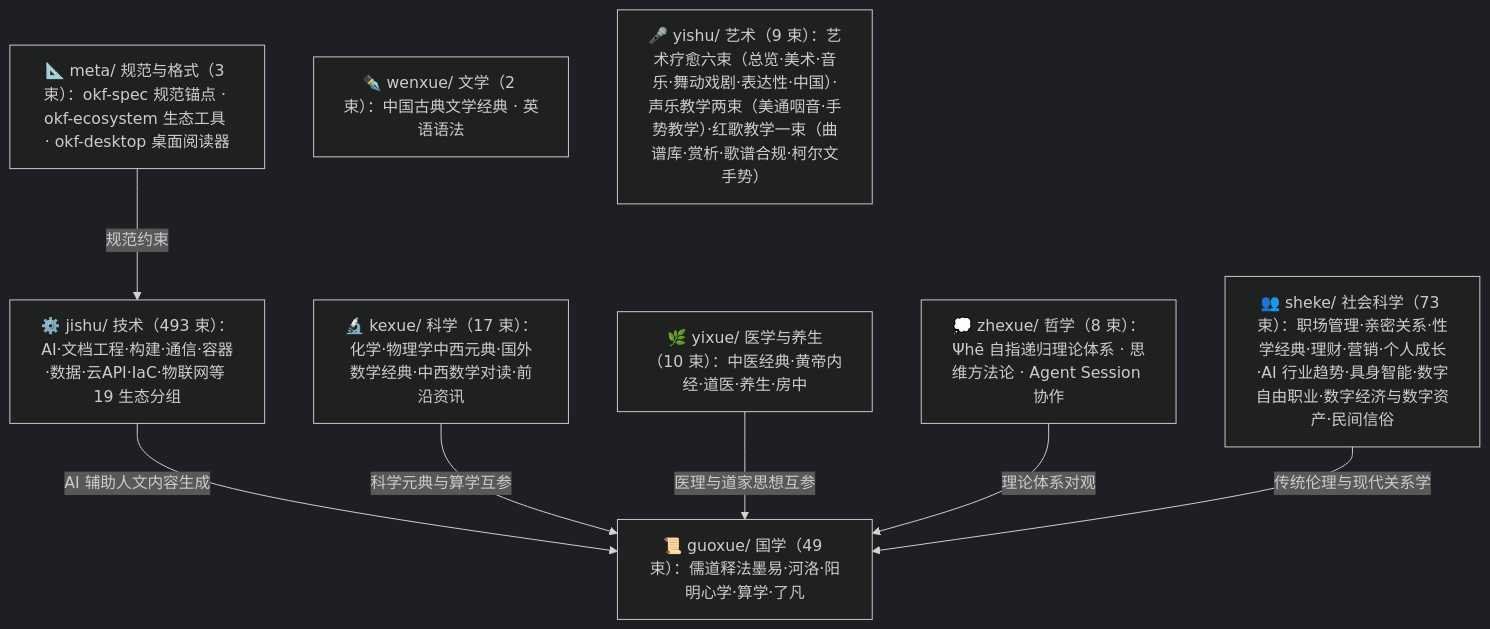
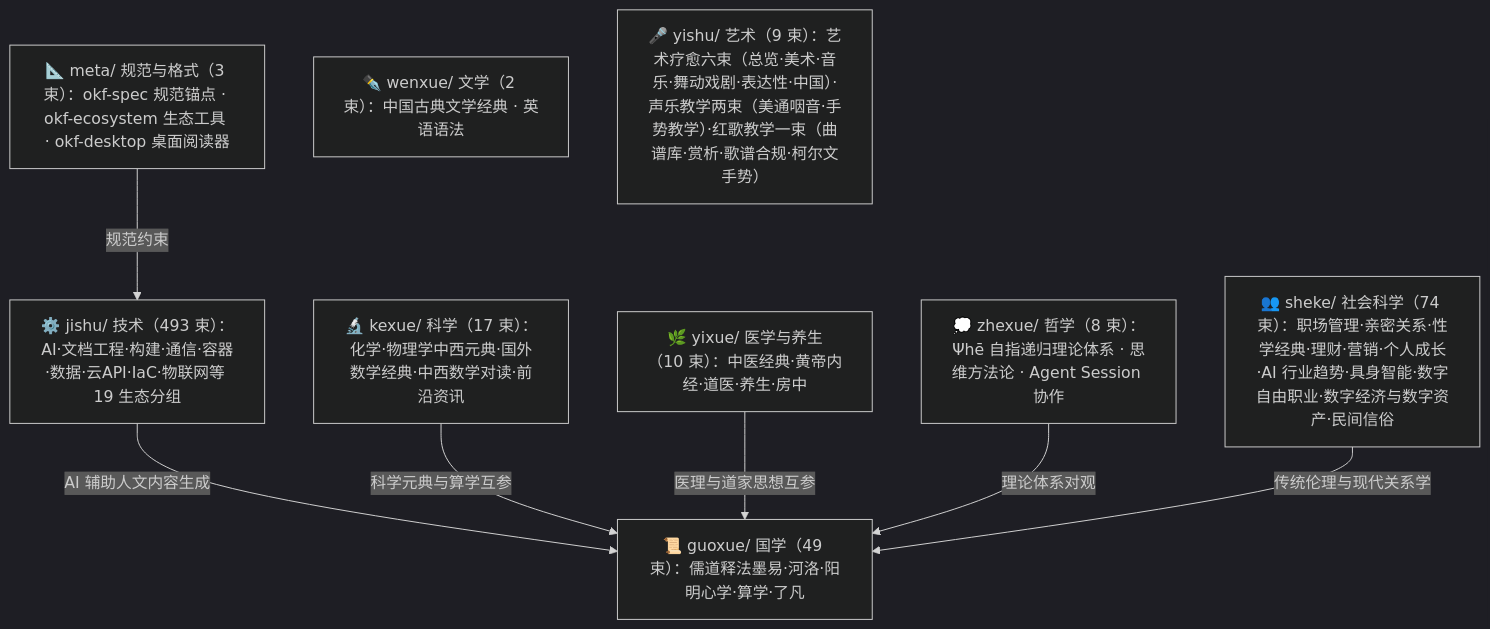
Before and after one commit to awesome-flexloop/awesome-okf: the diagram in doc/bundles/index.md, drawn with Mermaid (dark theme). The commit also changed other lines of this file and 20 other files, not shown here.

````diff
--- a/doc/bundles/index.md
+++ b/doc/bundles/index.md
@@ -21,18 +21,18 @@
 ```mermaid
 flowchart TD
     meta["📐 meta/ 规范与格式（3 束）：okf-spec 规范锚点 · okf-ecosystem 生态工具 · okf-desktop 桌面阅读器"]
     guoxue["📜 guoxue/ 国学（49 束）：儒道释法墨易·河洛·阳明心学·算学·了凡"]
     zhexue["💭 zhexue/ 哲学（8 束）：Ψhē 自指递归理论体系 · 思维方法论 · Agent Session 协作"]
     kexue["🔬 kexue/ 科学（17 束）：化学·物理学中西元典·国外数学经典·中西数学对读·前沿资讯"]
     wenxue["✒️ wenxue/ 文学（2 束）：中国古典文学经典 · 英语语法"]
     yixue["🌿 yixue/ 医学与养生（10 束）：中医经典·黄帝内经·道医·养生·房中"]
-    sheke["👥 sheke/ 社会科学（73 束）：职场管理·亲密关系·性学经典·理财·营销·个人成长·AI 行业趋势·具身智能·数字自由职业·数字经济与数字资产·民间信俗"]
+    sheke["👥 sheke/ 社会科学（74 束）：职场管理·亲密关系·性学经典·理财·营销·个人成长·AI 行业趋势·具身智能·数字自由职业·数字经济与数字资产·民间信俗"]
     yishu["🎤 yishu/ 艺术（9 束）：艺术疗愈六束（总览·美术·音乐·舞动戏剧·表达性·中国）·声乐教学两束（美通咽音·手势教学）·红歌教学一束（曲谱库·赏析·歌谱合规·柯尔文手势）"]
     jishu["⚙️ jishu/ 技术（493 束）：AI·文档工程·构建·通信·容器·数据·云API·IaC·物联网等 19 生态分组"]
     meta -->|"规范约束"| jishu
     jishu -->|"AI 辅助人文内容生成"| guoxue
     kexue -->|"科学元典与算学互参"| guoxue
     yixue -->|"医理与道家思想互参"| guoxue
     zhexue -->|"理论体系对观"| guoxue
     sheke -->|"传统伦理与现代关系学"| guoxue
 ```
````
